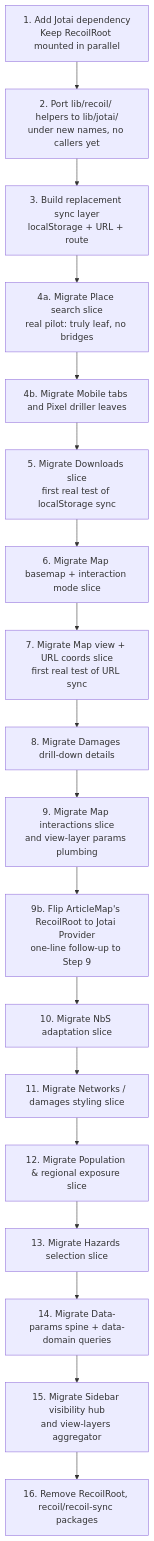
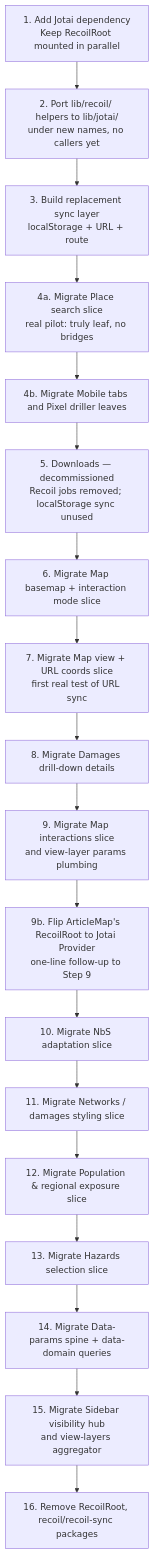
One commit to nismod/irv-frontend changed the diagram in docs/recoil-jotai-migration/04-migration-slices.md. Above: the diagram before and after it, drawn with Mermaid. The commit also changed other lines of this file and 18 other files, not shown here.

Commit message:
Simplify downloads code and migrate from Recoil to Jotai

````diff
--- a/docs/recoil-jotai-migration/04-migration-slices.md
+++ b/docs/recoil-jotai-migration/04-migration-slices.md
@@ -13,23 +13,23 @@
 ```mermaid
 flowchart TD
     Step1[1. Add Jotai dependency<br/>Keep RecoilRoot mounted in parallel]
     Step2[2. Port lib/recoil/ helpers to lib/jotai/<br/>under new names, no callers yet]
     Step3[3. Build replacement sync layer<br/>localStorage + URL + route]
     Step4a[4a. Migrate Place search slice<br/>real pilot: truly leaf, no bridges]
     Step4b[4b. Migrate Mobile tabs and Pixel driller leaves]
-    Step5[5. Migrate Downloads slice<br/>first real test of localStorage sync]
+    Step5[5. Downloads — decommissioned<br/>Recoil jobs removed; localStorage sync unused]
     Step6[6. Migrate Map basemap + interaction mode slice]
     Step7[7. Migrate Map view + URL coords slice<br/>first real test of URL sync]
     Step8[8. Migrate Damages drill-down details]
     Step9[9. Migrate Map interactions slice<br/>and view-layer params plumbing]
     Step9b[9b. Flip ArticleMap's RecoilRoot to Jotai Provider<br/>one-line follow-up to Step 9]
     Step10[10. Migrate NbS adaptation slice]
     Step11[11. Migrate Networks / damages styling slice]
     Step12[12. Migrate Population & regional exposure slice]
     Step13[13. Migrate Hazards selection slice]
     Step14[14. Migrate Data-params spine + data-domain queries]
     Step15[15. Migrate Sidebar visibility hub<br/>and view-layers aggregator]
     Step16[16. Remove RecoilRoot, recoil/recoil-sync packages]
 
     Step1 --> Step2 --> Step3 --> Step4a --> Step4b --> Step5 --> Step6 --> Step7 --> Step8 --> Step9 --> Step9b --> Step10 --> Step11 --> Step12 --> Step13 --> Step14 --> Step15 --> Step16
 ```
````
